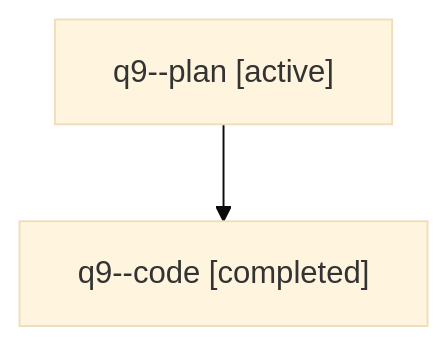
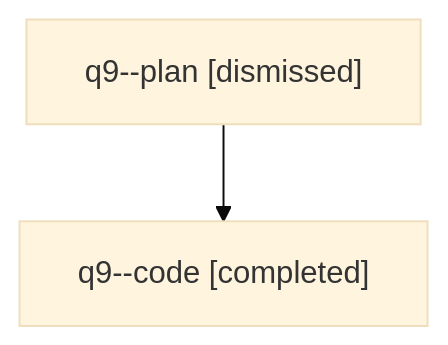
One commit to sase-org/sase--agents changed the diagram in sessions/bbugyi200.athena.q9.md. Above: the diagram before and after it, drawn with Mermaid (base theme). The commit also changed other lines of this file and 36 other files, not shown here.

````diff
--- a/sessions/bbugyi200.athena.q9.md
+++ b/sessions/bbugyi200.athena.q9.md
@@ -9,6 +9,6 @@
 ```mermaid
 flowchart TD
-  n0["q9--plan [active]"]
+  n0["q9--plan [dismissed]"]
   n1["q9--code [completed]"]
   n0 --> n1
 ```
````
